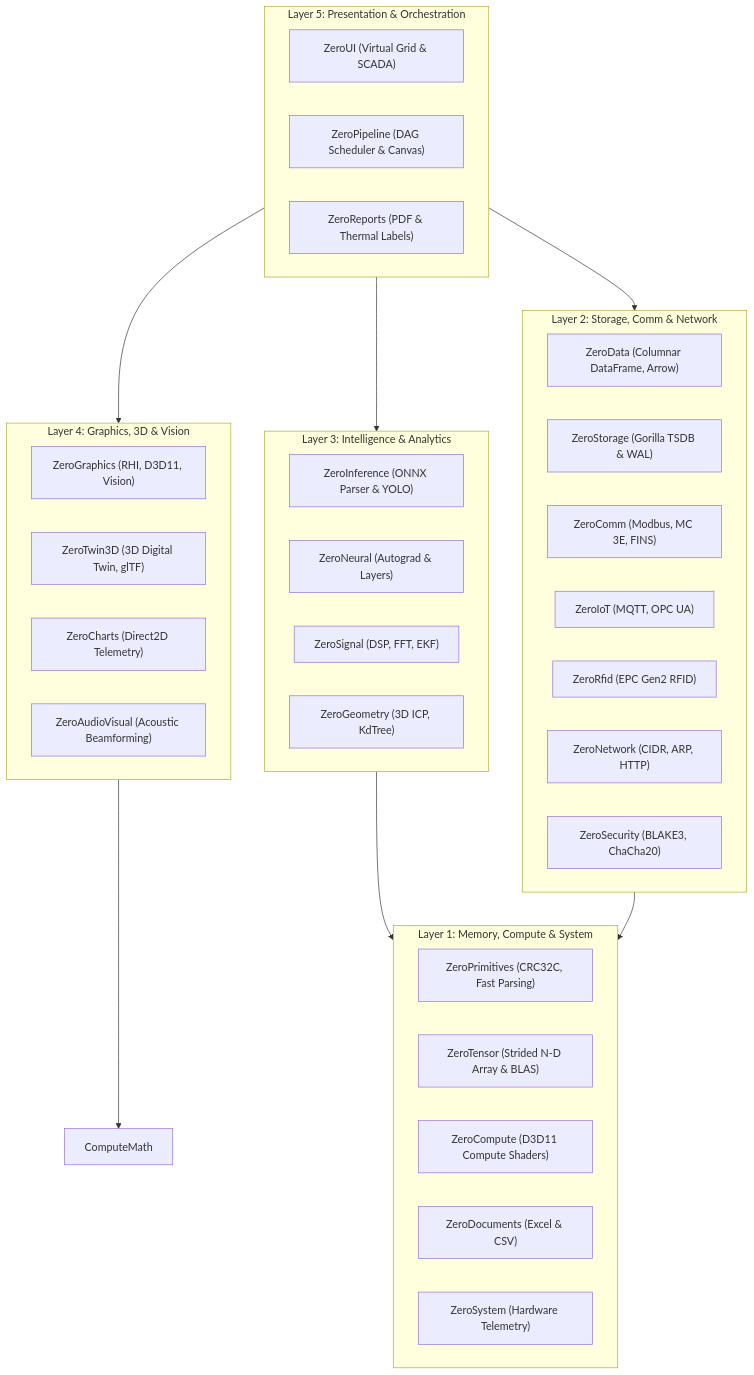
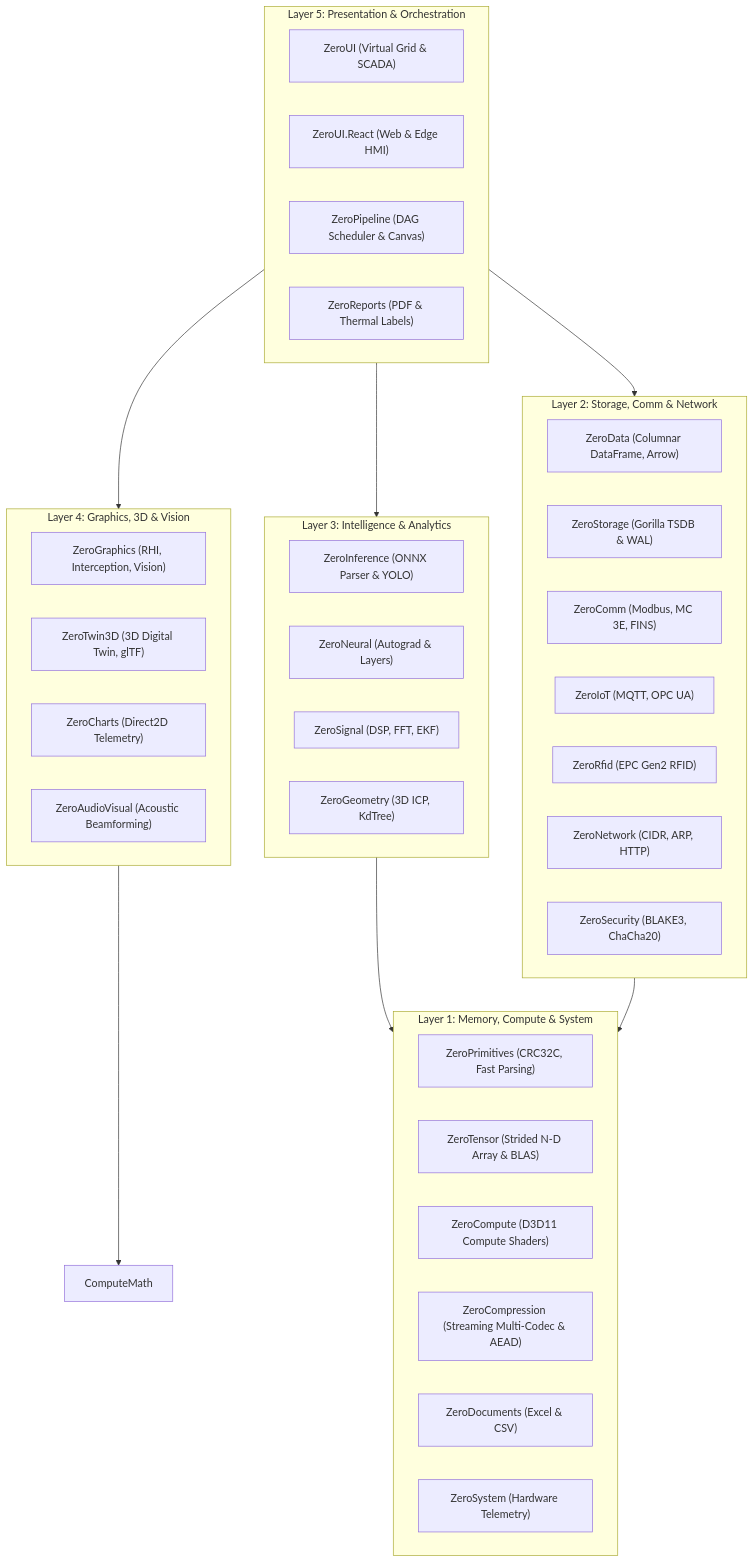
One commit to kzxl/ZeroPlatform changed the diagram in docs/architect/platform-architecture.md. Above: the diagram before and after it, drawn with Mermaid. The commit also changed other lines of this file and 2 other files, not shown here.

Commit message:
docs(ecosystem): synchronize accurate 25-subsystem matrix including ZeroCompression, ZeroUI.React, and ZeroGraphics v1.4.2

````diff
--- a/docs/architect/platform-architecture.md
+++ b/docs/architect/platform-architecture.md
@@ -11,47 +11,49 @@
 ```mermaid
 graph TD
     subgraph Presentation ["Layer 5: Presentation & Orchestration"]
         UI["ZeroUI (Virtual Grid & SCADA)"]
+        UIReact["ZeroUI.React (Web & Edge HMI)"]
         Pipe["ZeroPipeline (DAG Scheduler & Canvas)"]
         Reports["ZeroReports (PDF & Thermal Labels)"]
     end
 
     subgraph Graphics3D ["Layer 4: Graphics, 3D & Vision"]
-        Graph["ZeroGraphics (RHI, D3D11, Vision)"]
+        Graph["ZeroGraphics (RHI, Interception, Vision)"]
         Twin["ZeroTwin3D (3D Digital Twin, glTF)"]
         Charts["ZeroCharts (Direct2D Telemetry)"]
         AV["ZeroAudioVisual (Acoustic Beamforming)"]
     end
 
     subgraph Intelligence ["Layer 3: Intelligence & Analytics"]
         Infer["ZeroInference (ONNX Parser & YOLO)"]
         Neural["ZeroNeural (Autograd & Layers)"]
         Signal["ZeroSignal (DSP, FFT, EKF)"]
         Geom["ZeroGeometry (3D ICP, KdTree)"]
     end
 
     subgraph StorageComm ["Layer 2: Storage, Comm & Network"]
         Data["ZeroData (Columnar DataFrame, Arrow)"]
         Store["ZeroStorage (Gorilla TSDB & WAL)"]
         Comm["ZeroComm (Modbus, MC 3E, FINS)"]
         IoT["ZeroIoT (MQTT, OPC UA)"]
         Rfid["ZeroRfid (EPC Gen2 RFID)"]
         Net["ZeroNetwork (CIDR, ARP, HTTP)"]
         Sec["ZeroSecurity (BLAKE3, ChaCha20)"]
     end
 
     subgraph Foundation ["Layer 1: Memory, Compute & System"]
         Prim["ZeroPrimitives (CRC32C, Fast Parsing)"]
         Tensor["ZeroTensor (Strided N-D Array & BLAS)"]
         Compute["ZeroCompute (D3D11 Compute Shaders)"]
+        Compress["ZeroCompression (Streaming Multi-Codec & AEAD)"]
         Docs["ZeroDocuments (Excel & CSV)"]
         Sys["ZeroSystem (Hardware Telemetry)"]
     end
 
     Presentation --> Graphics3D
     Presentation --> Intelligence
     Presentation --> StorageComm
     Graphics3D --> ComputeMath
     Intelligence --> Foundation
     StorageComm --> Foundation
 ```
````
